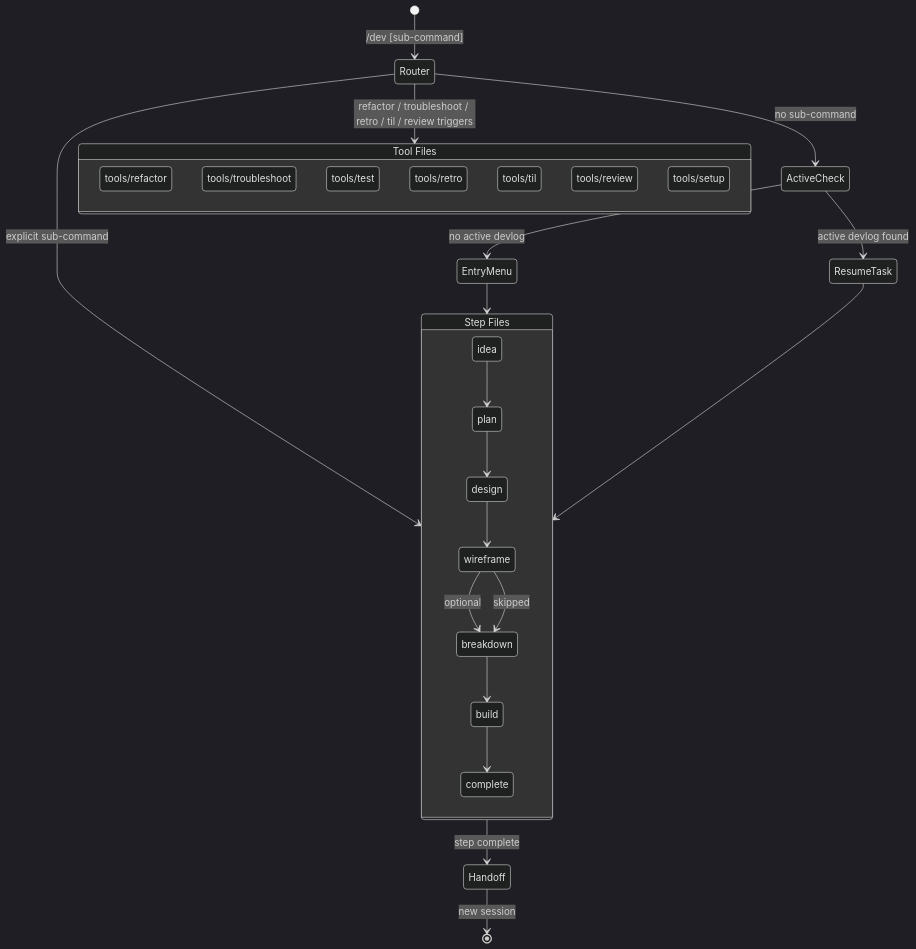
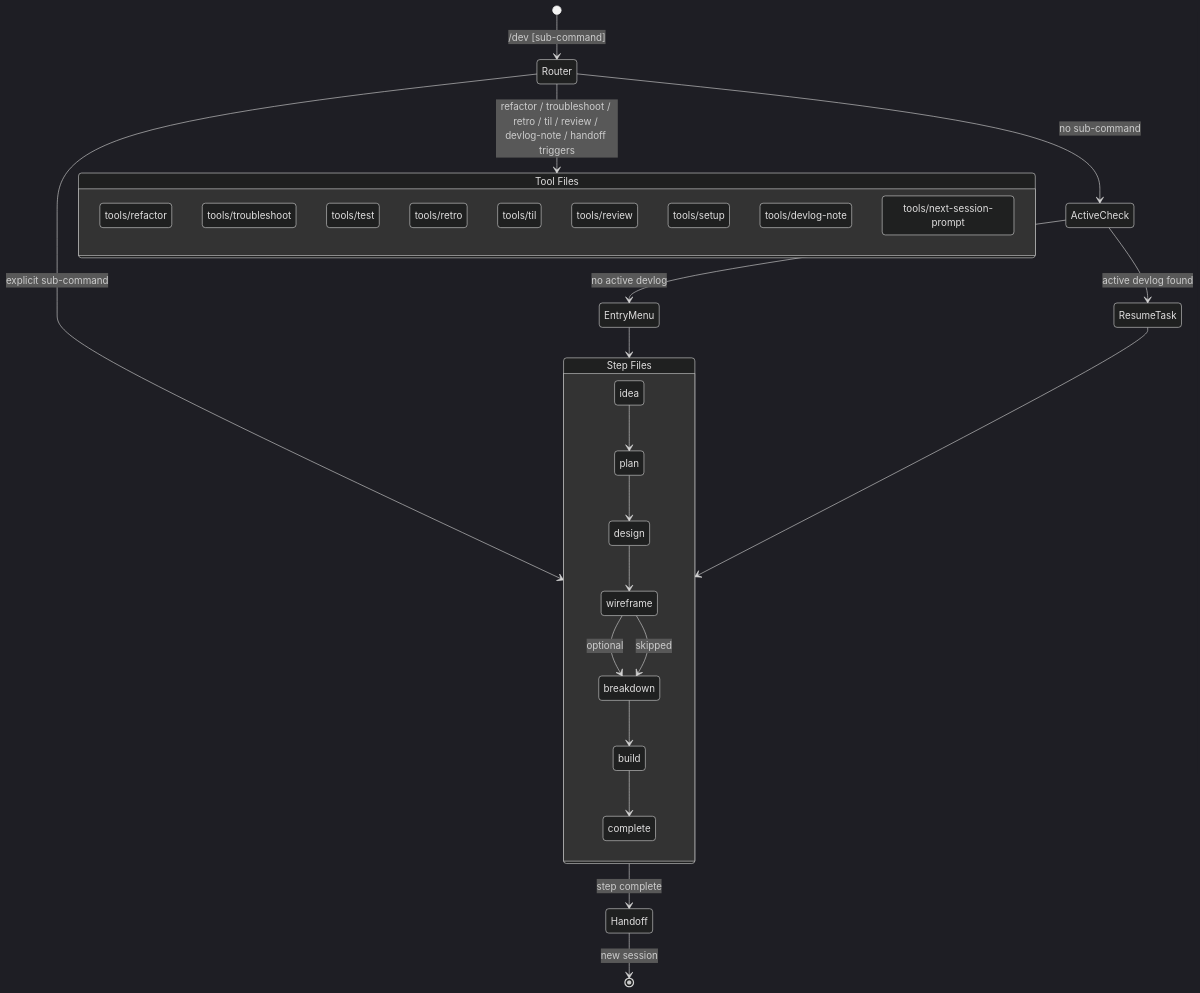
The diagram in skills/dev/SKILL.md (gloriaJun/grimoire), drawn with Mermaid (dark theme) before and after one commit. The commit also changed other lines of this file and 4 other files, not shown here.

First line of the commit message:
feat(dev): improve natural language triggers, devlog note, and handoff

````diff
--- a/skills/dev/SKILL.md
+++ b/skills/dev/SKILL.md
@@ -58,37 +65,39 @@
 ```mermaid
 stateDiagram-v2
     [*] --> Router: /dev [sub-command]
 
     Router --> ActiveCheck: no sub-command
-    Router --> DirectTool: refactor / troubleshoot / retro / til / review triggers
+    Router --> DirectTool: refactor / troubleshoot / retro / til / review / devlog-note / handoff triggers
     Router --> StepFile: explicit sub-command
 
     ActiveCheck --> ResumeTask: active devlog found
     ActiveCheck --> EntryMenu: no active devlog
     EntryMenu --> StepFile
 
     ResumeTask --> StepFile
 
     state "Step Files" as StepFile {
         idea --> plan
         plan --> design
         design --> wireframe
         wireframe --> breakdown : optional
         wireframe --> breakdown : skipped
         breakdown --> build
         build --> complete
     }
 
     state "Tool Files" as DirectTool {
         refactor_tool: tools/refactor
         troubleshoot_tool: tools/troubleshoot
         test_tool: tools/test
         retro_tool: tools/retro
         til_tool: tools/til
         review_tool: tools/review
         setup_tool: tools/setup
+        devlog_note_tool: tools/devlog-note
+        handoff_tool: tools/next-session-prompt
     }
 
     StepFile --> Handoff: step complete
     Handoff --> [*]: new session
 ```
````
